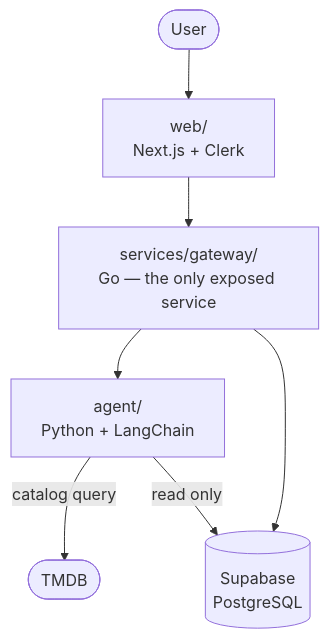
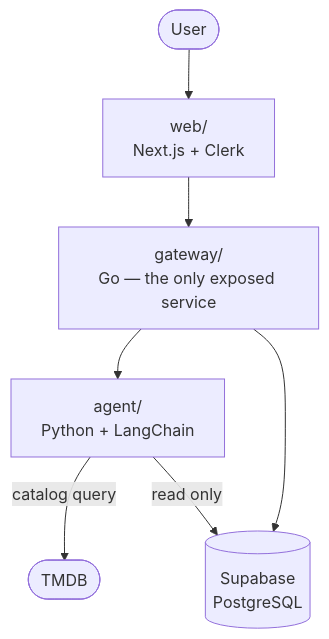
Before and after one commit to Skye967/holster: the diagram in README.md, drawn with Mermaid. The commit also changed other lines of this file and 42 other files, not shown here.

````diff
--- a/README.md
+++ b/README.md
@@ -38,9 +38,9 @@
 ```mermaid
 flowchart TD
     U([User]) --> W["web/<br/>Next.js + Clerk"]
-    W --> G["services/gateway/<br/>Go — the only exposed service"]
+    W --> G["gateway/<br/>Go — the only exposed service"]
     G --> AG["agent/<br/>Python + LangChain"]
     G --> DB[("Supabase<br/>PostgreSQL")]
     AG -->|"catalog query"| TMDB([TMDB])
     AG -->|"read only"| DB
 ```
````
